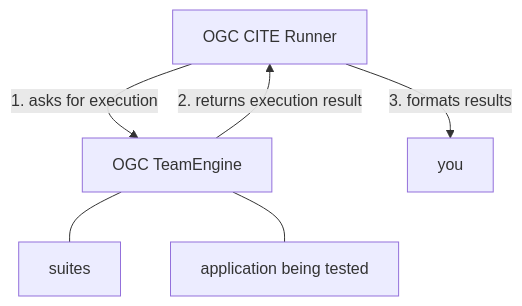
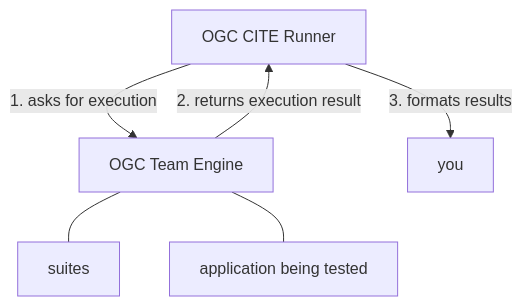
Before and after one commit to OSGeo/ogc-cite-runner: the diagram in docs/slides/20251121-foss4g/slides.md, drawn with Mermaid. The commit also changed other lines of this file and 1 other file, not shown here.

````diff
--- a/docs/slides/20251121-foss4g/slides.md
+++ b/docs/slides/20251121-foss4g/slides.md
@@ -69,15 +70,14 @@
 ```mermaid
 flowchart TD
-
 ocr[OGC CITE Runner]
-te[OGC TeamEngine]
+te[OGC Team Engine]
 suites
 iut[application being tested]
 client[you]
 
 ocr -- 1. asks for execution --> te
 te --- suites
 te ---iut
 te -- 2. returns execution result --> ocr
 ocr -- 3. formats results --> client
 ```
````
